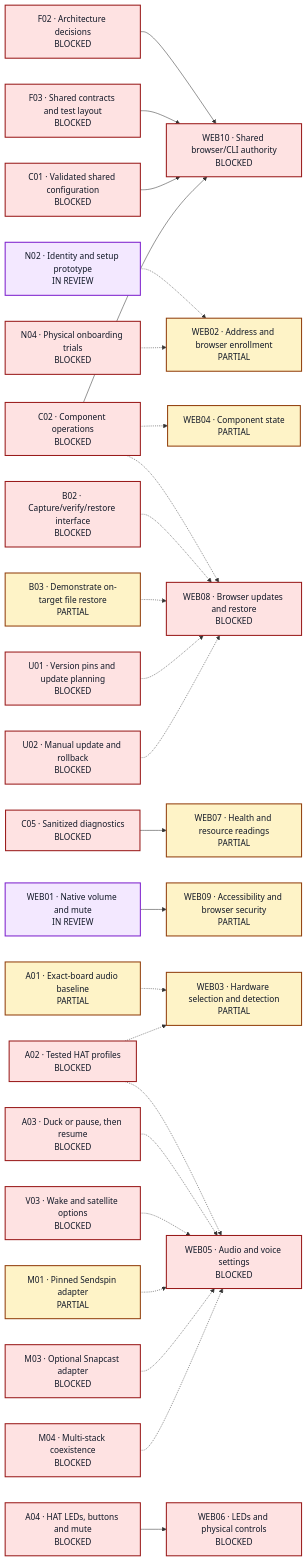
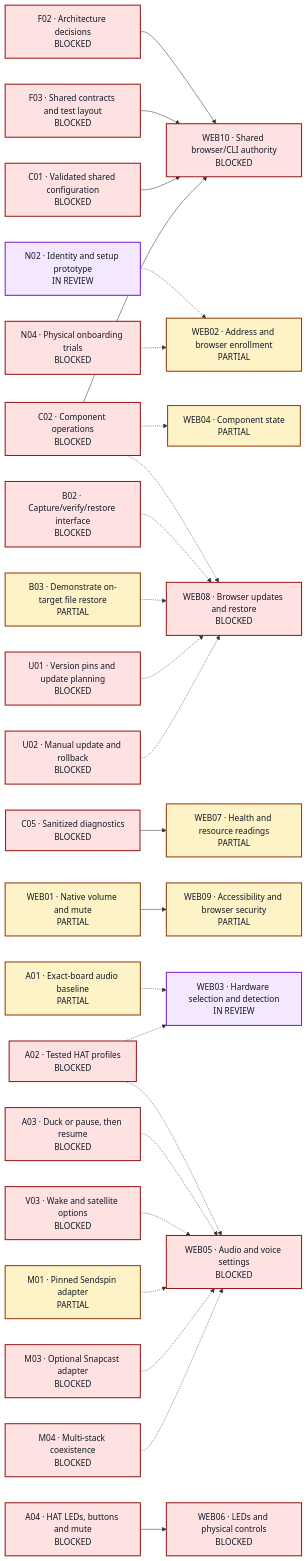
One commit to Joldiges/debra changed the eighth of 17 diagrams in docs/progress.md. Above: the diagram before and after it, drawn with Mermaid. The commit also changed other lines of this file and 1 other file, not shown here.

Commit message:
docs: record the eleventh browser review

````diff
--- a/docs/progress.md
+++ b/docs/progress.md
@@ -378,61 +378,61 @@
 ```mermaid
 flowchart LR
     F02["F02 · Architecture decisions<br/>BLOCKED"]:::blocked
     F03["F03 · Shared contracts and test layout<br/>BLOCKED"]:::blocked
     N02["N02 · Identity and setup prototype<br/>IN REVIEW"]:::review
     N04["N04 · Physical onboarding trials<br/>BLOCKED"]:::blocked
     C01["C01 · Validated shared configuration<br/>BLOCKED"]:::blocked
     C02["C02 · Component operations<br/>BLOCKED"]:::blocked
     C05["C05 · Sanitized diagnostics<br/>BLOCKED"]:::blocked
-    WEB01["WEB01 · Native volume and mute<br/>IN REVIEW"]:::review
+    WEB01["WEB01 · Native volume and mute<br/>PARTIAL"]:::partial
     WEB02["WEB02 · Address and browser enrollment<br/>PARTIAL"]:::partial
-    WEB03["WEB03 · Hardware selection and detection<br/>PARTIAL"]:::partial
+    WEB03["WEB03 · Hardware selection and detection<br/>IN REVIEW"]:::review
     WEB04["WEB04 · Component state<br/>PARTIAL"]:::partial
     WEB05["WEB05 · Audio and voice settings<br/>BLOCKED"]:::blocked
     WEB06["WEB06 · LEDs and physical controls<br/>BLOCKED"]:::blocked
     WEB07["WEB07 · Health and resource readings<br/>PARTIAL"]:::partial
     WEB08["WEB08 · Browser updates and restore<br/>BLOCKED"]:::blocked
     WEB09["WEB09 · Accessibility and browser security<br/>PARTIAL"]:::partial
     WEB10["WEB10 · Shared browser/CLI authority<br/>BLOCKED"]:::blocked
     A01["A01 · Exact-board audio baseline<br/>PARTIAL"]:::partial
     A02["A02 · Tested HAT profiles<br/>BLOCKED"]:::blocked
     A03["A03 · Duck or pause, then resume<br/>BLOCKED"]:::blocked
     A04["A04 · HAT LEDs, buttons and mute<br/>BLOCKED"]:::blocked
     V03["V03 · Wake and satellite options<br/>BLOCKED"]:::blocked
     M01["M01 · Pinned Sendspin adapter<br/>PARTIAL"]:::partial
     M03["M03 · Optional Snapcast adapter<br/>BLOCKED"]:::blocked
     M04["M04 · Multi-stack coexistence<br/>BLOCKED"]:::blocked
     B02["B02 · Capture/verify/restore interface<br/>BLOCKED"]:::blocked
     B03["B03 · Demonstrate on-target file restore<br/>PARTIAL"]:::partial
     U01["U01 · Version pins and update planning<br/>BLOCKED"]:::blocked
     U02["U02 · Manual update and rollback<br/>BLOCKED"]:::blocked
     N02 -.-> WEB02
     N04 -.-> WEB02
     A01 -.-> WEB03
     A02 -.-> WEB03
     C02 -.-> WEB04
     A02 -.-> WEB05
     A03 -.-> WEB05
     V03 -.-> WEB05
     M01 -.-> WEB05
     M03 -.-> WEB05
     M04 -.-> WEB05
     A04 --> WEB06
     C05 --> WEB07
     C02 -.-> WEB08
     B02 -.-> WEB08
     B03 -.-> WEB08
     U01 -.-> WEB08
     U02 -.-> WEB08
     WEB01 --> WEB09
     F02 --> WEB10
     F03 --> WEB10
     C01 --> WEB10
     C02 --> WEB10
     classDef finished fill:#dcfce7,stroke:#166534,color:#111827,stroke-width:2px;
     classDef running fill:#dbeafe,stroke:#1e40af,color:#111827,stroke-width:2px;
     classDef review fill:#f3e8ff,stroke:#7e22ce,color:#111827,stroke-width:2px;
     classDef partial fill:#fef3c7,stroke:#92400e,color:#111827,stroke-width:2px;
     classDef blocked fill:#fee2e2,stroke:#991b1b,color:#111827,stroke-width:2px;
     classDef untouched fill:#f1f5f9,stroke:#475569,color:#111827,stroke-width:2px;
 ```
````
